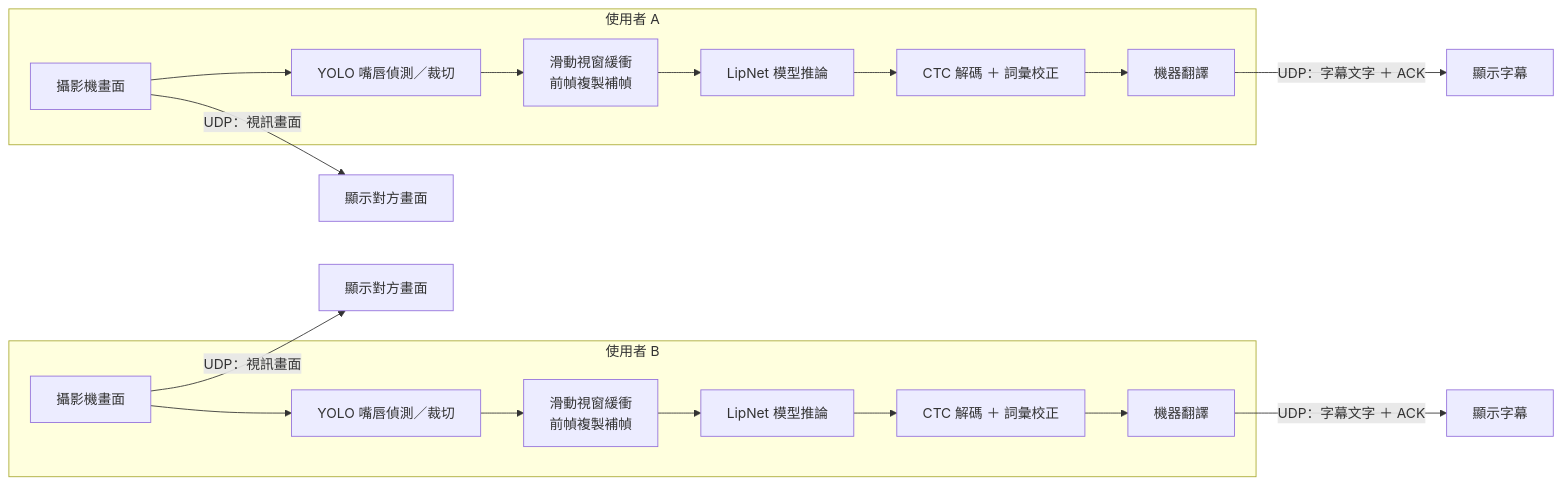
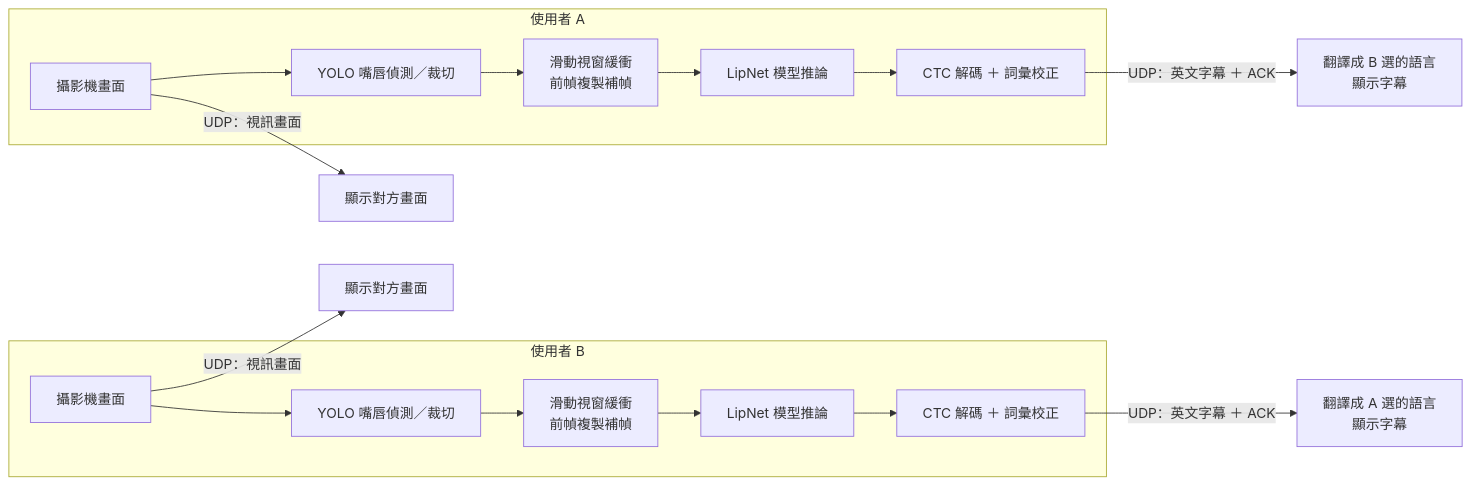
One commit to st61223-commits/LipNet-lightweight changed the diagram in README.md. Above: the diagram before and after it, drawn with Mermaid. The commit also changed other lines of this file and 4 other files, not shown here.

````diff
--- a/README.md
+++ b/README.md
@@ -74,23 +90,21 @@
 ```mermaid
 flowchart LR
     subgraph A["使用者 A"]
         A1[攝影機畫面] --> A2[YOLO 嘴唇偵測／裁切]
         A2 --> A3["滑動視窗緩衝<br/>前幀複製補幀"]
         A3 --> A4[LipNet 模型推論]
         A4 --> A5[CTC 解碼 ＋ 詞彙校正]
-        A5 --> A6[機器翻譯]
     end
 
     subgraph B["使用者 B"]
         B1[攝影機畫面] --> B2[YOLO 嘴唇偵測／裁切]
         B2 --> B3["滑動視窗緩衝<br/>前幀複製補幀"]
         B3 --> B4[LipNet 模型推論]
         B4 --> B5[CTC 解碼 ＋ 詞彙校正]
-        B5 --> B6[機器翻譯]
     end
 
     A1 -- "UDP：視訊畫面" --> B7[顯示對方畫面]
-    A6 -- "UDP：字幕文字 ＋ ACK" --> B8[顯示字幕]
+    A5 -- "UDP：英文字幕 ＋ ACK" --> B6["翻譯成 B 選的語言<br/>顯示字幕"]
     B1 -- "UDP：視訊畫面" --> A7[顯示對方畫面]
-    B6 -- "UDP：字幕文字 ＋ ACK" --> A8[顯示字幕]
+    B5 -- "UDP：英文字幕 ＋ ACK" --> A6["翻譯成 A 選的語言<br/>顯示字幕"]
 ```
````
